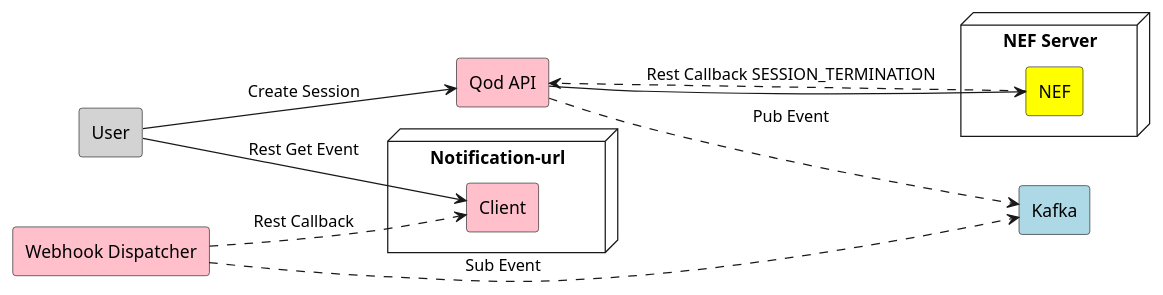
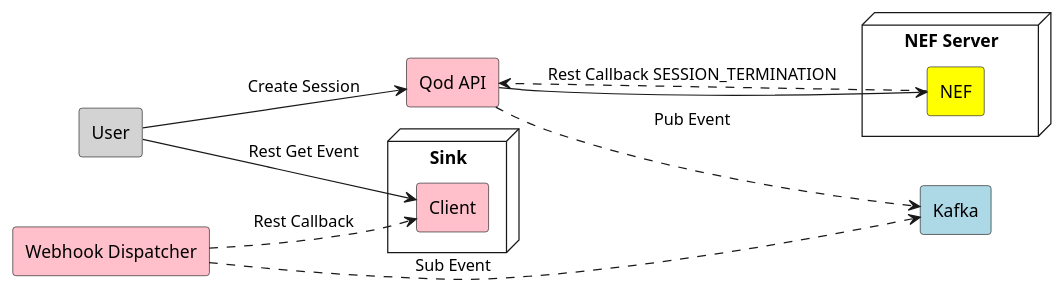
Before and after one commit to camaraproject/QualityOnDemand_PI1: the diagram in README.md, drawn with PlantUML. The commit also changed other lines of this file and 168 other files, not shown here.

````diff
--- a/README.md
+++ b/README.md
@@ -109,25 +118,25 @@
 ```plantuml
 left to right direction
 skinparam componentStyle rectangle
 
-    node "Notification-url" {
+    node "Sink" {
       [Client]
     }
     node "NEF Server" {
       [NEF]
     }
     component [User] #LightGrey
     component [Client] #Pink
     component [Qod API] #Pink
     component [Webhook Dispatcher] #Pink
     component [Kafka] #LightBlue
     component [NEF] #Yellow
     [User] --> [Client]: Rest Get Event
     [User] --> [Qod API]: Create Session
     [Qod API] ..> [Kafka]: Pub Event
     [Webhook Dispatcher] ..> [Client]: Rest Callback
     [Webhook Dispatcher] ..> [Kafka]: Sub Event
     [NEF] ..> [Qod API]: Rest Callback SESSION_TERMINATION
     [Qod API] --> [NEF]
 
 ```
````
